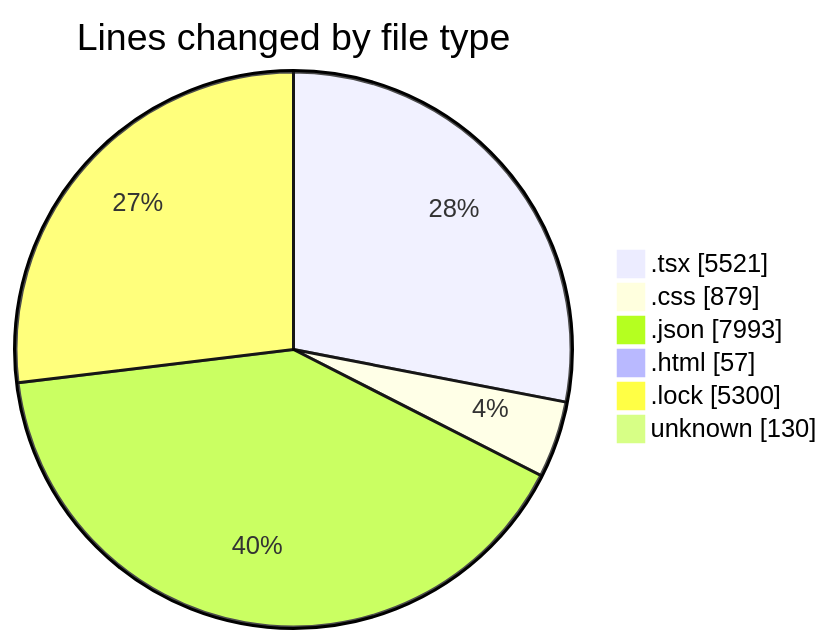
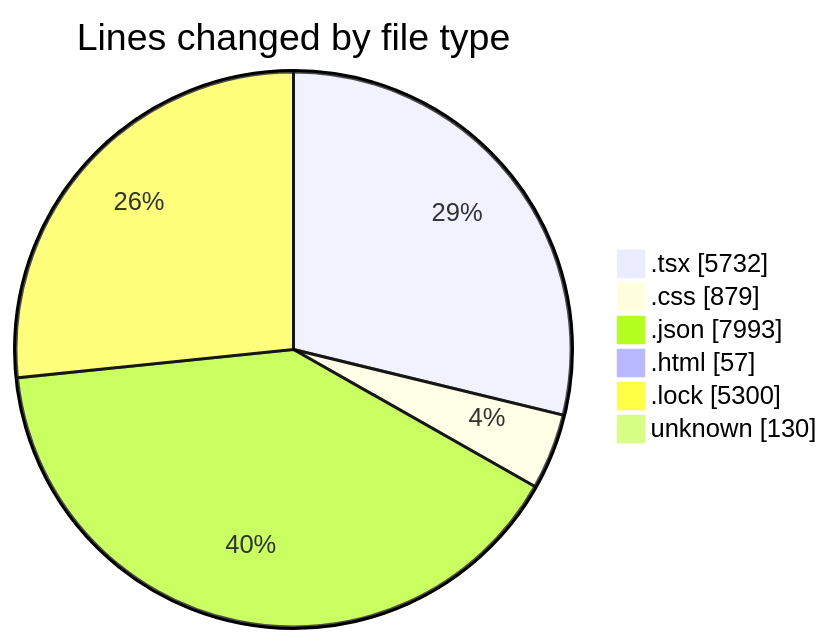
One commit to EIIisD/code-tracking changed the first of 2 diagrams in 2025-08-12/ribbon/README.md. Above: the diagram before and after it, drawn with Mermaid. The commit also changed other lines of this file and 1 other file, not shown here.

````diff
--- a/2025-08-12/ribbon/README.md
+++ b/2025-08-12/ribbon/README.md
@@ -45,10 +45,10 @@
 ```mermaid
 pie showData
 title Lines changed by file type
-".tsx" : 5521
+".tsx" : 5732
 ".css" : 879
 ".json" : 7993
 ".html" : 57
 ".lock" : 5300
 "unknown" : 130
 ```
````
